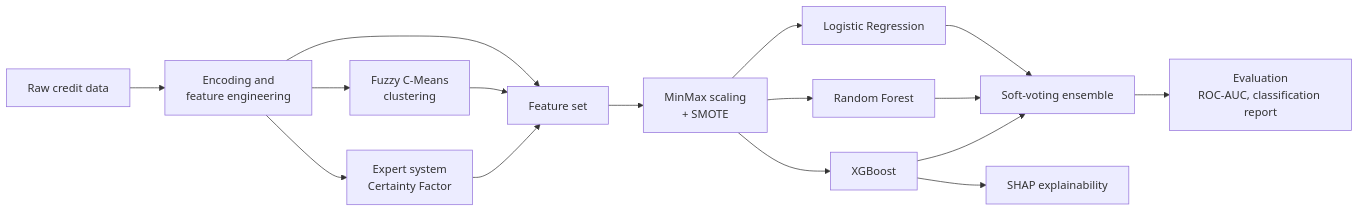
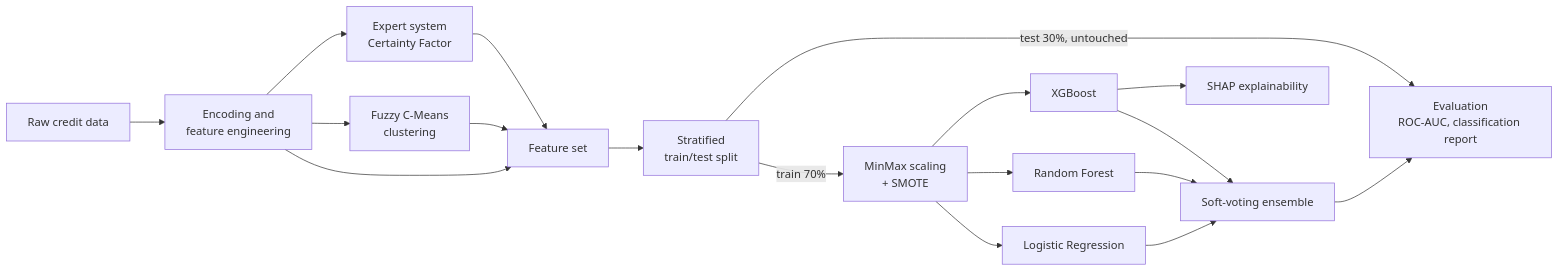
The diagram in README.md (athaaaya/Datathon_UBMager), drawn with Mermaid before and after one commit. The commit also changed other lines of this file and 3 other files, not shown here.

First line of the commit message:
Fix data leakage: split before scaling and SMOTE

````diff
--- a/README.md
+++ b/README.md
@@ -32,18 +32,20 @@
 ```mermaid
 flowchart LR
     A[Raw credit data] --> B[Encoding and<br/>feature engineering]
     B --> C[Expert system<br/>Certainty Factor]
     B --> D[Fuzzy C-Means<br/>clustering]
     C --> E[Feature set]
     D --> E
     B --> E
-    E --> F[MinMax scaling<br/>+ SMOTE]
+    E --> S[Stratified<br/>train/test split]
+    S -->|train 70%| F[MinMax scaling<br/>+ SMOTE]
+    S -->|test 30%, untouched| K
     F --> G[XGBoost]
     F --> H[Random Forest]
     F --> I[Logistic Regression]
     G --> J[Soft-voting ensemble]
     H --> J
     I --> J
     J --> K[Evaluation<br/>ROC-AUC, classification report]
     G --> L[SHAP explainability]
 ```
````
